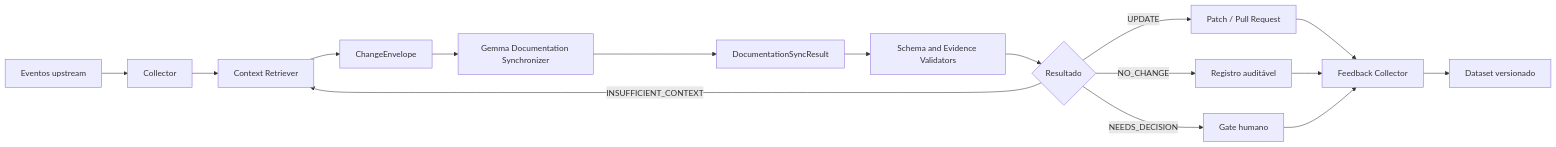
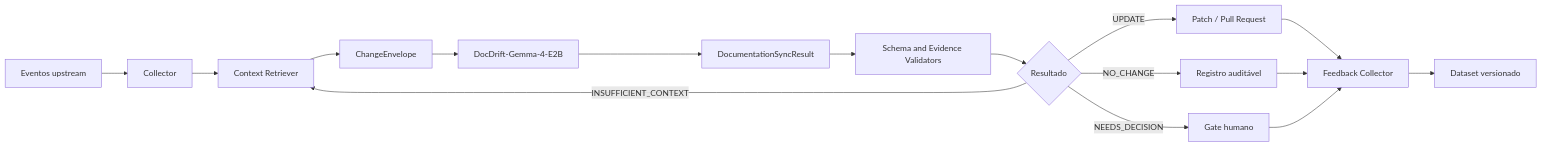
Before and after one commit to paulotvlincelia/docdrift: the diagram in docs/architecture/system.md, drawn with Mermaid. The commit also changed 31 other files, not shown here.

````diff
--- a/docs/architecture/system.md
+++ b/docs/architecture/system.md
@@ -7,18 +7,18 @@
 ```mermaid
 flowchart LR
     A["Eventos upstream"] --> B["Collector"]
     B --> C["Context Retriever"]
     C --> D["ChangeEnvelope"]
-    D --> E["Gemma Documentation Synchronizer"]
+    D --> E["DocDrift-Gemma-4-E2B"]
     E --> F["DocumentationSyncResult"]
     F --> G["Schema and Evidence Validators"]
     G --> H{"Resultado"}
     H -->|"UPDATE"| I["Patch / Pull Request"]
     H -->|"NO_CHANGE"| J["Registro auditável"]
     H -->|"NEEDS_DECISION"| K["Gate humano"]
     H -->|"INSUFFICIENT_CONTEXT"| C
     I --> L["Feedback Collector"]
     J --> L
     K --> L
     L --> M["Dataset versionado"]
 ```
````
